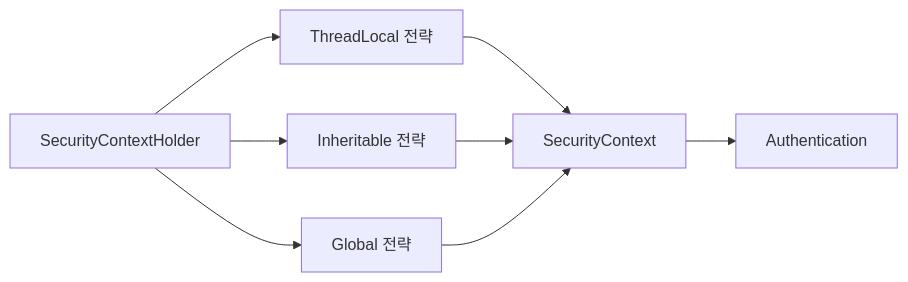
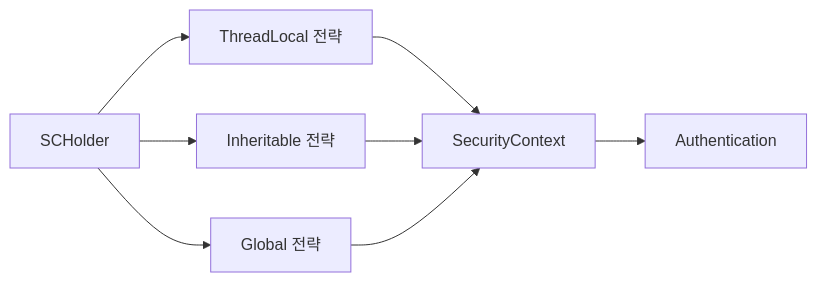
One commit to yjkim2015/yjkim2015.github.io changed the first of 2 diagrams in _posts/security/2021-05-25-SecurityContextHolder, SecurityContext.md. Above: the diagram before and after it, drawn with Mermaid. The commit also changed 245 other files, not shown here.

First line of the commit message:
Mermaid 다이어그램 전면 수정 + 면접 포인트 접기/펼치기 + DB 데드락 페이지

````diff
--- a/_posts/security/2021-05-25-SecurityContextHolder, SecurityContext.md
+++ b/_posts/security/2021-05-25-SecurityContextHolder, SecurityContext.md
@@ -20,8 +20,8 @@
 ```mermaid
 graph LR
-    A["SecurityContextHolder"] --> B["ThreadLocal 전략"]
+    A["SCHolder"] --> B["ThreadLocal 전략"]
     A --> C["Inheritable 전략"]
     A --> D["Global 전략"]
     B & C & D --> F["SecurityContext"]
     F --> G["Authentication"]
 ```
````
